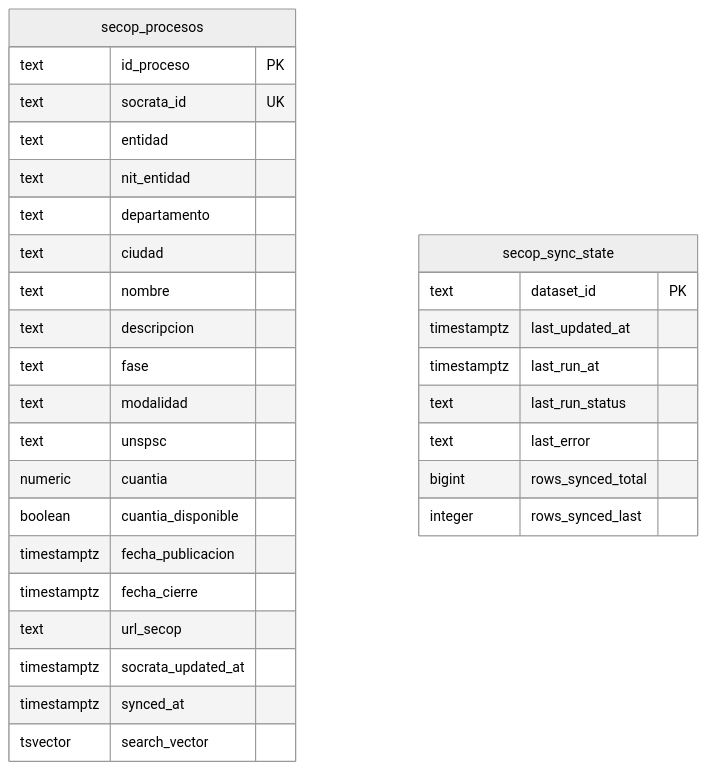
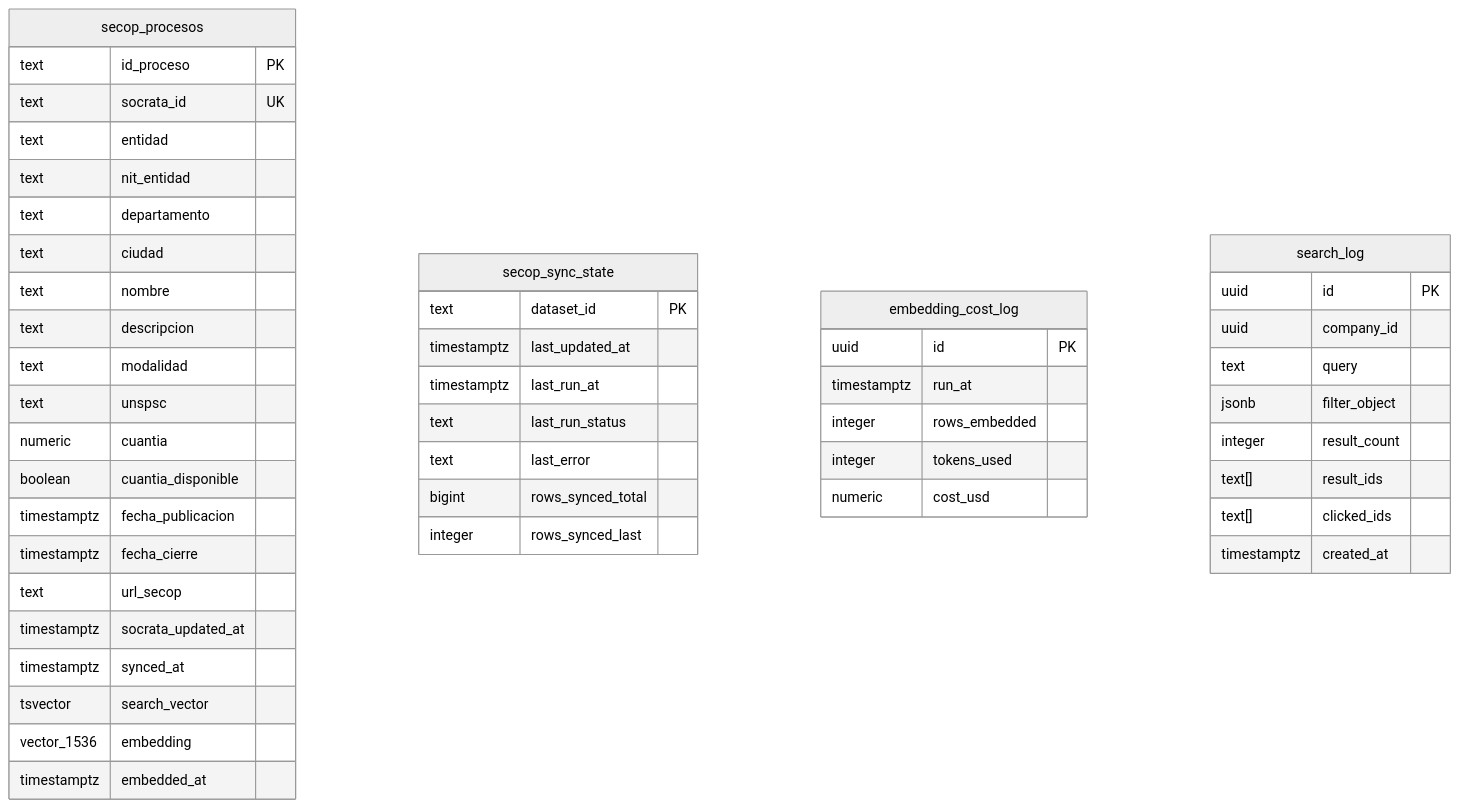
The second of 2 diagrams in docs/ingesta-secop/spec/spec.md (agentezai/coltratos), drawn with Mermaid (neutral theme) before and after one commit. The commit also changed other lines of this file and 27 other files, not shown here.

````diff
--- a/docs/ingesta-secop/spec/spec.md
+++ b/docs/ingesta-secop/spec/spec.md
@@ -251,33 +299,51 @@
 ```mermaid
 erDiagram
     secop_procesos {
         text id_proceso PK
         text socrata_id UK
         text entidad
         text nit_entidad
         text departamento
         text ciudad
         text nombre
         text descripcion
-        text fase
         text modalidad
         text unspsc
         numeric cuantia
         boolean cuantia_disponible
         timestamptz fecha_publicacion
         timestamptz fecha_cierre
         text url_secop
         timestamptz socrata_updated_at
         timestamptz synced_at
         tsvector search_vector
+        vector_1536 embedding
+        timestamptz embedded_at
     }
     secop_sync_state {
         text dataset_id PK
         timestamptz last_updated_at
         timestamptz last_run_at
         text last_run_status
         text last_error
         bigint rows_synced_total
         integer rows_synced_last
     }
+    embedding_cost_log {
+        uuid id PK
+        timestamptz run_at
+        integer rows_embedded
+        integer tokens_used
+        numeric cost_usd
+    }
+    search_log {
+        uuid id PK
+        uuid company_id
+        text query
+        jsonb filter_object
+        integer result_count
+        text[] result_ids
+        text[] clicked_ids
+        timestamptz created_at
+    }
 ```
````
